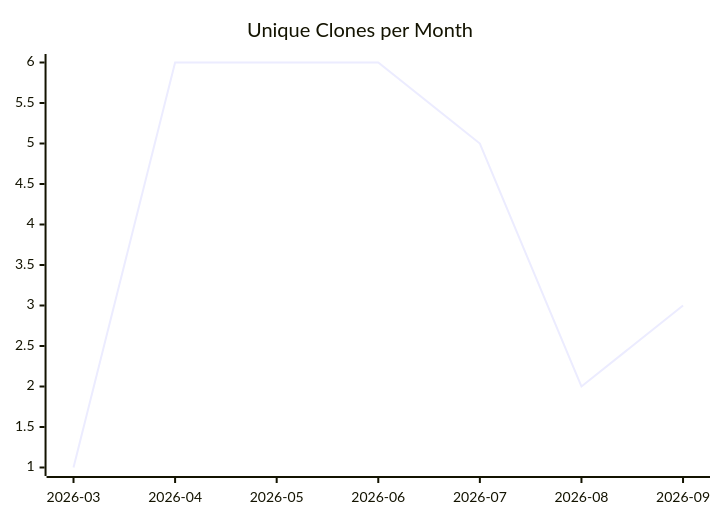
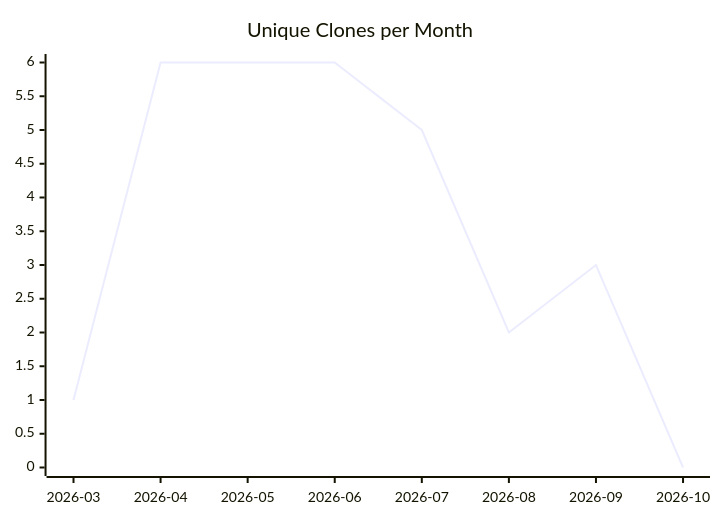
One commit to justdavis-family/github-analytics-data changed the third of 3 diagrams in karlmdavis/hapi-fhir-jpaserver-starter/README.md. Above: the diagram before and after it, drawn with Mermaid. The commit also changed other lines of this file and 202 other files, not shown here.

````diff
--- a/karlmdavis/hapi-fhir-jpaserver-starter/README.md
+++ b/karlmdavis/hapi-fhir-jpaserver-starter/README.md
@@ -19,6 +19,6 @@
 ```mermaid
 xychart-beta
   title "Unique Clones per Month"
-  x-axis ["2026-03", "2026-04", "2026-05", "2026-06", "2026-07", "2026-08", "2026-09"]
-  line [1, 6, 6, 6, 5, 2, 3]
+  x-axis ["2026-03", "2026-04", "2026-05", "2026-06", "2026-07", "2026-08", "2026-09", "2026-10"]
+  line [1, 6, 6, 6, 5, 2, 3, 0]
 ```
````
